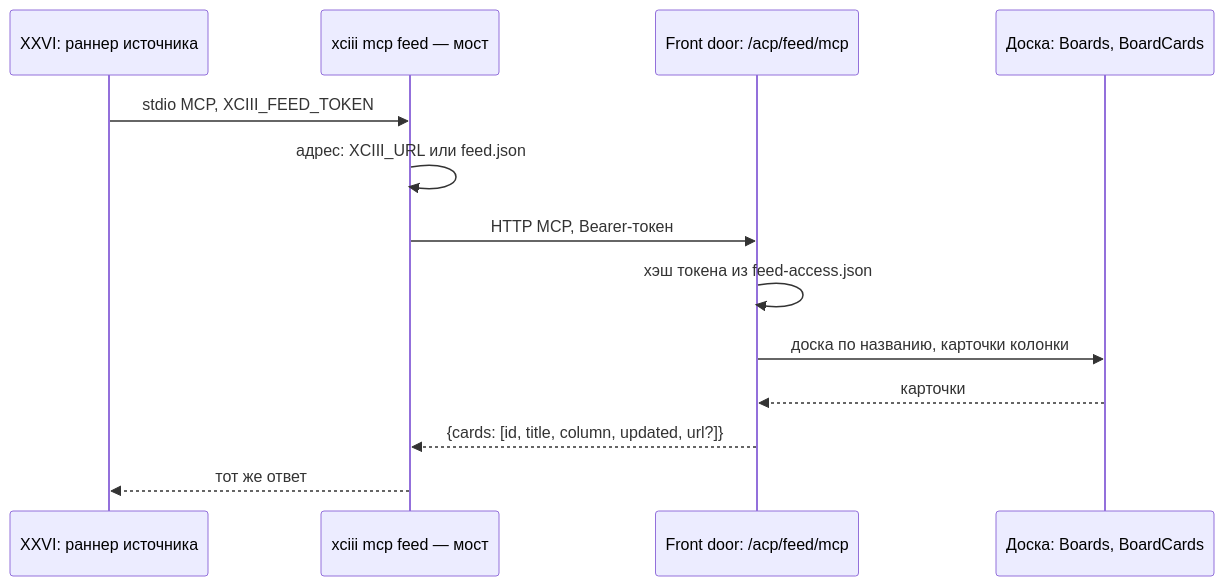
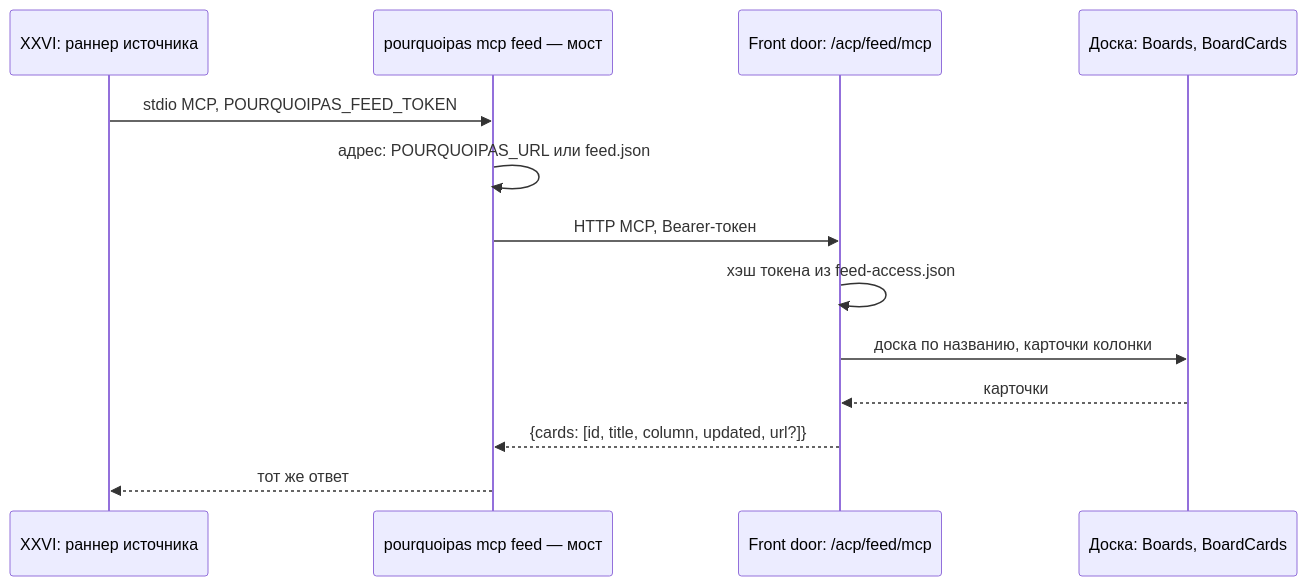
Diagram 12 of 12 in docs/sources.md (artipop/pourquoipas), drawn with Mermaid before and after one commit. The commit also changed other lines of this file and 423 other files, not shown here.

````diff
--- a/docs/sources.md
+++ b/docs/sources.md
@@ -1229,15 +1229,15 @@
 ```mermaid
 sequenceDiagram
     participant X as XXVI: раннер источника
-    participant B as xciii mcp feed — мост
+    participant B as pourquoipas mcp feed — мост
     participant F as Front door: /acp/feed/mcp
     participant L as Доска: Boards, BoardCards
-    X->>B: stdio MCP, XCIII_FEED_TOKEN
-    B->>B: адрес: XCIII_URL или feed.json
+    X->>B: stdio MCP, POURQUOIPAS_FEED_TOKEN
+    B->>B: адрес: POURQUOIPAS_URL или feed.json
     B->>F: HTTP MCP, Bearer-токен
     F->>F: хэш токена из feed-access.json
     F->>L: доска по названию, карточки колонки
     L-->>F: карточки
     F-->>B: {cards: [id, title, column, updated, url?]}
     B-->>X: тот же ответ
 ```
````
